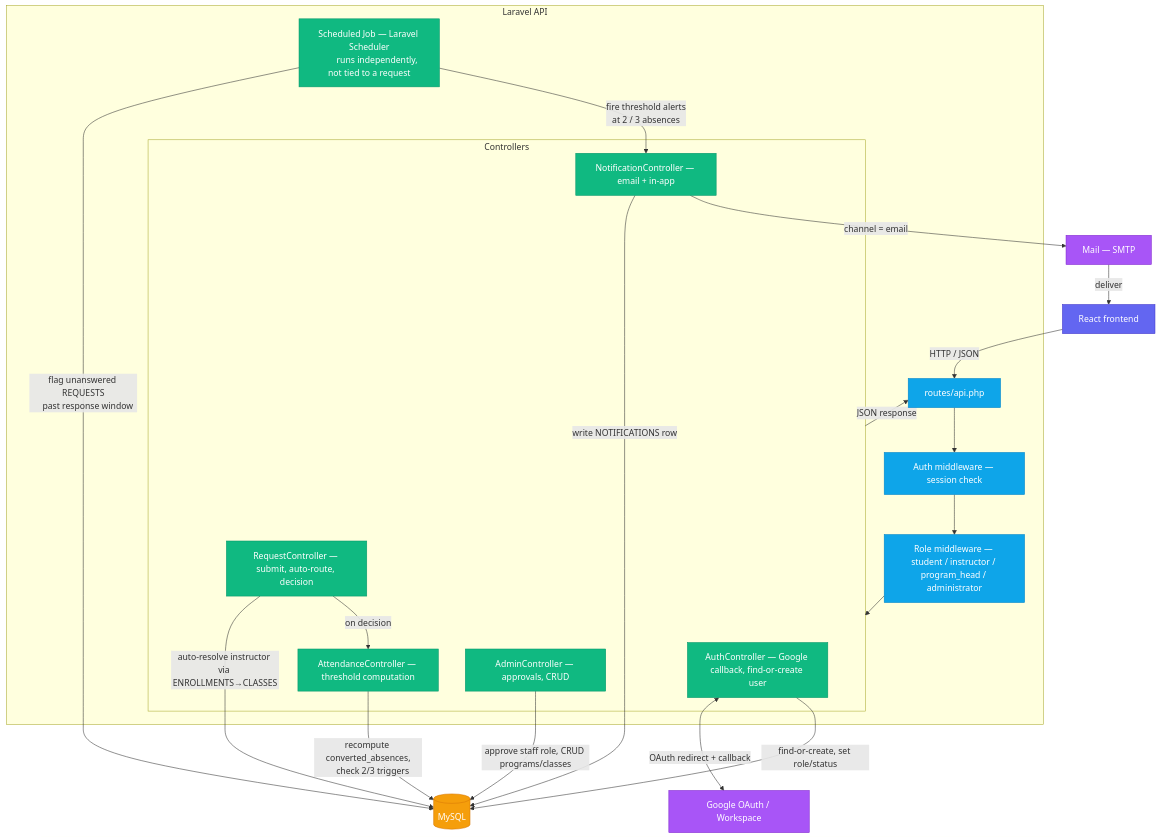
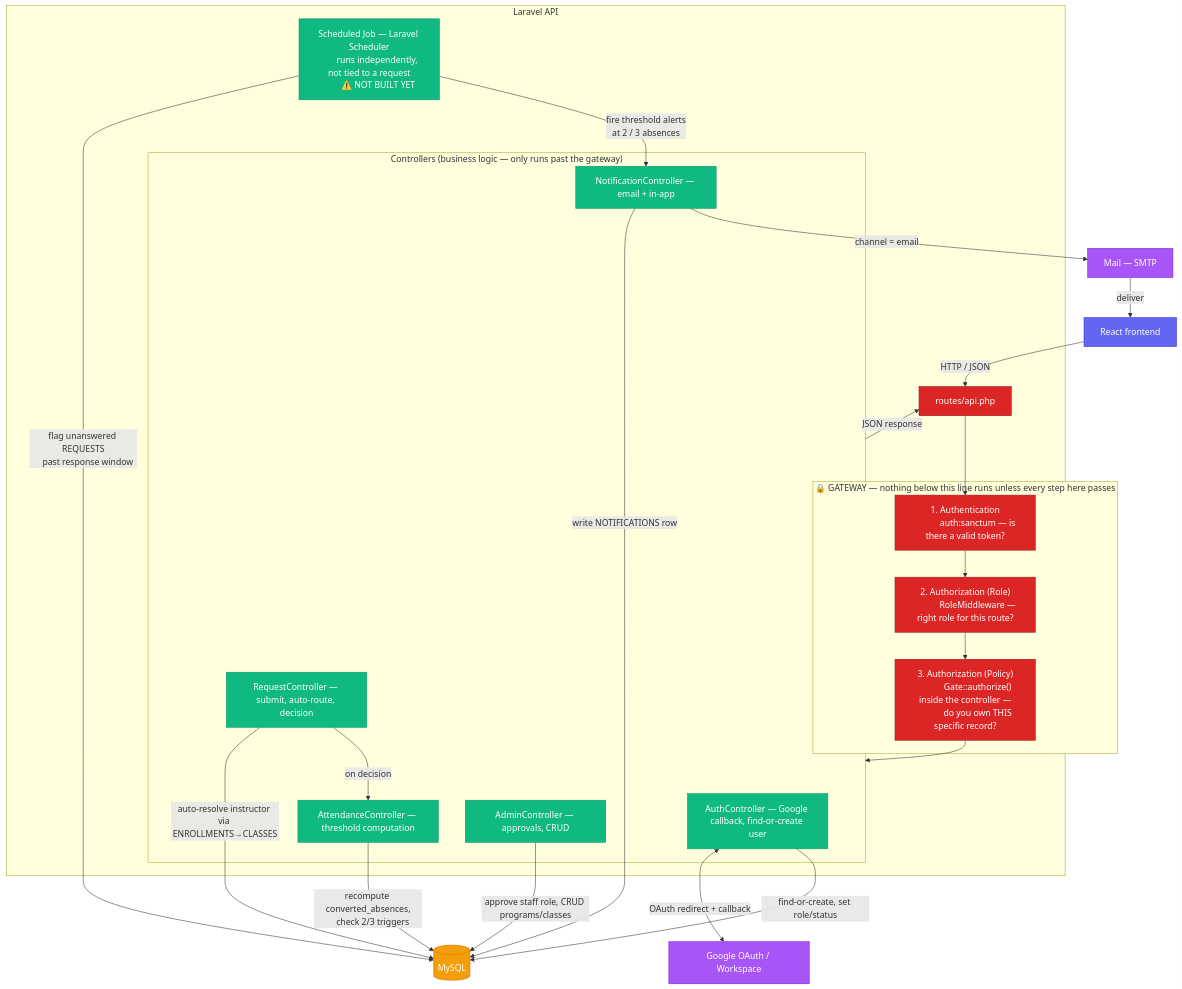
Before and after one commit to maki-sushi-distro/Absenteeism-Late-Report-and-Excuse-Letter-Management-Process-ALRM: the diagram in backend/BACKEND.md, drawn with Mermaid. The commit also changed other lines of this file and 6 other files, not shown here.

````diff
--- a/backend/BACKEND.md
+++ b/backend/BACKEND.md
@@ -38,52 +64,61 @@
 ```mermaid
 flowchart TB
     classDef client fill:#6366f1,stroke:#4338ca,color:#fff
-    classDef entry fill:#0ea5e9,stroke:#0284c7,color:#fff
+    classDef gateway fill:#dc2626,stroke:#991b1b,color:#fff
     classDef logic fill:#10b981,stroke:#059669,color:#fff
     classDef data fill:#f59e0b,stroke:#d97706,color:#fff
     classDef external fill:#a855f7,stroke:#7e22ce,color:#fff
 
     React["React frontend"]:::client
     Google["Google OAuth / Workspace"]:::external
 
     subgraph API["Laravel API"]
-        Routes["routes/api.php"]:::entry
-        AuthMW["Auth middleware — session check"]:::entry
-        RoleMW["Role middleware — student / instructor / program_head / administrator"]:::entry
+        Routes["routes/api.php"]:::gateway
 
-        subgraph Controllers["Controllers"]
+        subgraph Gateway["🔒 GATEWAY — nothing below this line runs unless every step here passes"]
+            AuthMW["1. Authentication
+            auth:sanctum — is there a valid token?"]:::gateway
+            RoleMW["2. Authorization (Role)
+            RoleMiddleware — right role for this route?"]:::gateway
+            PolicyGate["3. Authorization (Policy)
+            Gate::authorize() inside the controller —
+            do you own THIS specific record?"]:::gateway
+        end
+
+        subgraph Controllers["Controllers (business logic — only runs past the gateway)"]
             AuthCtrl["AuthController — Google callback, find-or-create user"]:::logic
             ReqCtrl["RequestController — submit, auto-route, decision"]:::logic
             TrackCtrl["AttendanceController — threshold computation"]:::logic
             AdminCtrl["AdminController — approvals, CRUD"]:::logic
             NotifCtrl["NotificationController — email + in-app"]:::logic
         end
 
         Job["Scheduled Job — Laravel Scheduler
-        runs independently, not tied to a request"]:::logic
+        runs independently, not tied to a request
+        ⚠️ NOT BUILT YET"]:::logic
     end
 
     DB[("MySQL")]:::data
     Mail["Mail — SMTP"]:::external
 
     React -->|"HTTP / JSON"| Routes
-    Routes --> AuthMW --> RoleMW --> Controllers
+    Routes --> AuthMW --> RoleMW --> PolicyGate --> Controllers
 
     AuthCtrl <-->|"OAuth redirect + callback"| Google
     AuthCtrl -->|"find-or-create, set role/status"| DB
     ReqCtrl -->|"auto-resolve instructor via ENROLLMENTS→CLASSES"| DB
     ReqCtrl -->|"on decision"| TrackCtrl
     TrackCtrl -->|"recompute converted_absences,
     check 2/3 triggers"| DB
     AdminCtrl -->|"approve staff role, CRUD programs/classes"| DB
 
     Job -->|"flag unanswered REQUESTS
     past response window"| DB
     Job -->|"fire threshold alerts
     at 2 / 3 absences"| NotifCtrl
     NotifCtrl -->|"write NOTIFICATIONS row"| DB
     NotifCtrl -->|"channel = email"| Mail
     Mail -->|"deliver"| React
 
     Controllers -->|"JSON response"| Routes
 ```
````
